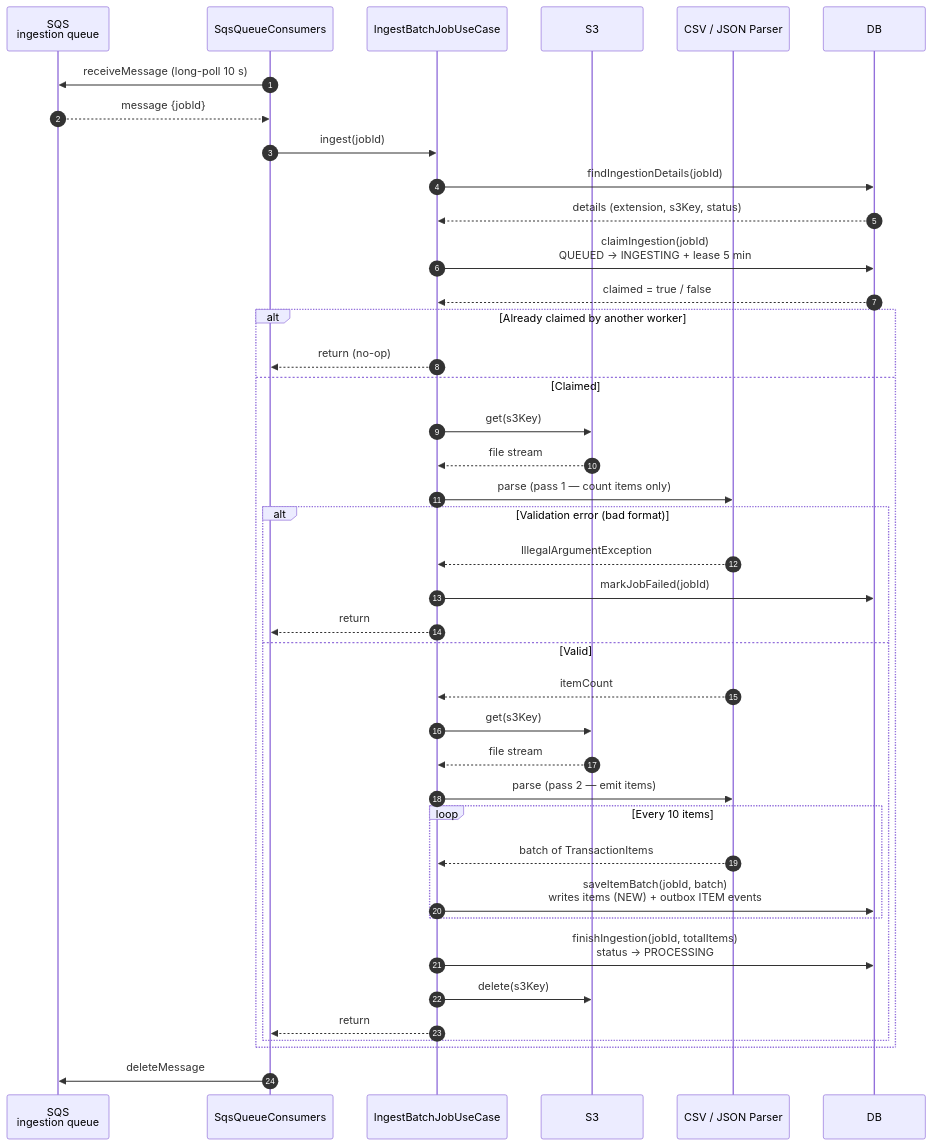
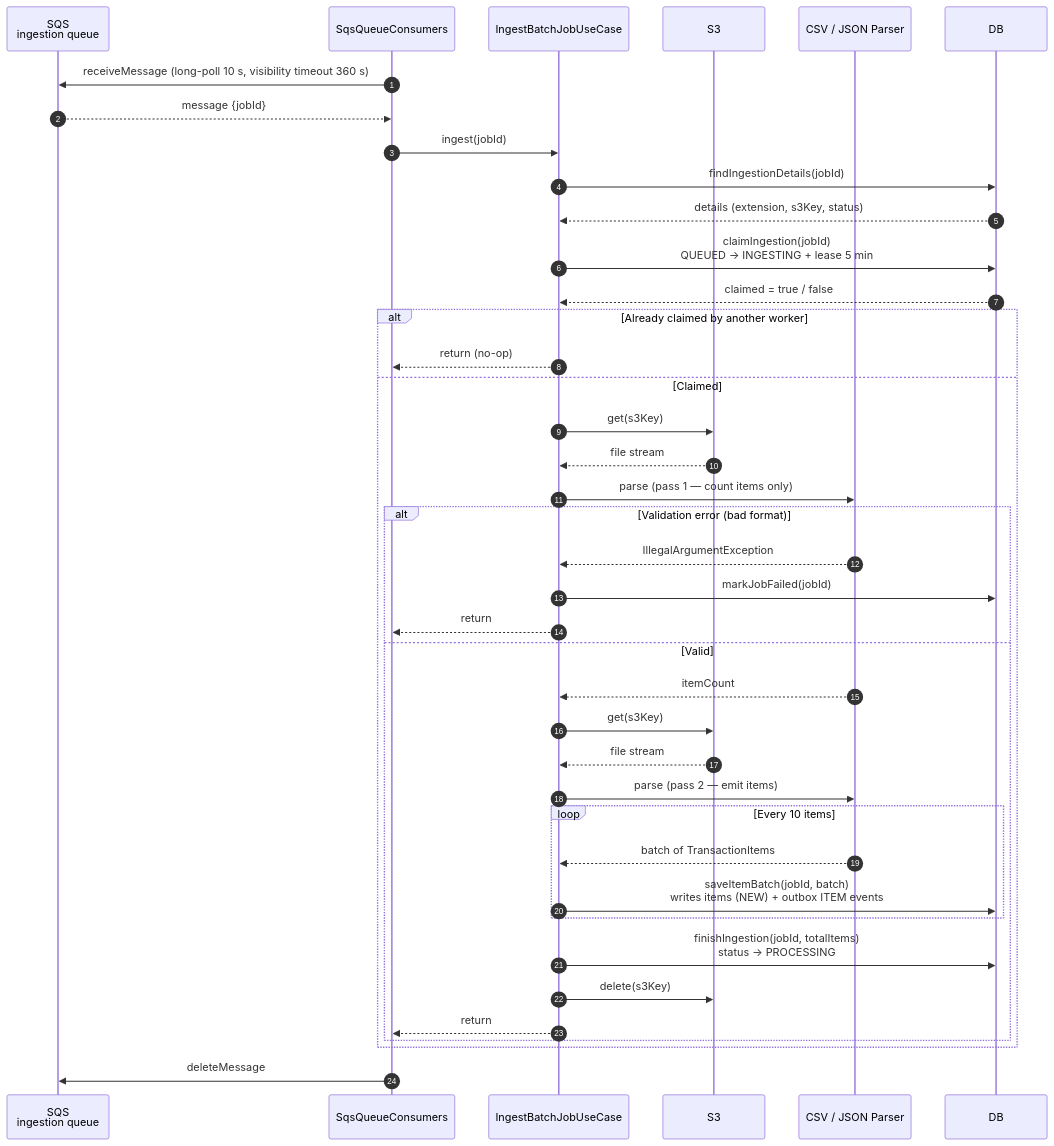
One commit to edovirgolim/payment-reprocessing-api-showcase changed the third of 7 diagrams in ARCHITECTURE.md. Above: the diagram before and after it, drawn with Mermaid. The commit also changed other lines of this file and 1 other file, not shown here.

Commit message:
Updated README and ARCHITECTURE files

````diff
--- a/ARCHITECTURE.md
+++ b/ARCHITECTURE.md
@@ -150,54 +174,54 @@
 ```mermaid
 sequenceDiagram
     autonumber
     participant SQS as SQS<br/>ingestion queue
     participant Consumer as SqsQueueConsumers
     participant IngestUC as IngestBatchJobUseCase
     participant S3
     participant Parser as CSV / JSON Parser
     participant DB
 
-    Consumer->>SQS: receiveMessage (long-poll 10 s)
+    Consumer->>SQS: receiveMessage (long-poll 10 s, visibility timeout 360 s)
     SQS-->>Consumer: message {jobId}
 
     Consumer->>IngestUC: ingest(jobId)
 
     IngestUC->>DB: findIngestionDetails(jobId)
     DB-->>IngestUC: details (extension, s3Key, status)
 
     IngestUC->>DB: claimIngestion(jobId)<br/>QUEUED → INGESTING + lease 5 min
     DB-->>IngestUC: claimed = true / false
 
     alt Already claimed by another worker
         IngestUC-->>Consumer: return (no-op)
     else Claimed
         IngestUC->>S3: get(s3Key)
         S3-->>IngestUC: file stream
 
         IngestUC->>Parser: parse (pass 1 — count items only)
 
         alt Validation error (bad format)
             Parser-->>IngestUC: IllegalArgumentException
             IngestUC->>DB: markJobFailed(jobId)
             IngestUC-->>Consumer: return
         else Valid
             Parser-->>IngestUC: itemCount
 
             IngestUC->>S3: get(s3Key)
             S3-->>IngestUC: file stream
 
             IngestUC->>Parser: parse (pass 2 — emit items)
 
             loop Every 10 items
                 Parser-->>IngestUC: batch of TransactionItems
                 IngestUC->>DB: saveItemBatch(jobId, batch)<br/>writes items (NEW) + outbox ITEM events
             end
 
             IngestUC->>DB: finishIngestion(jobId, totalItems)<br/>status → PROCESSING
             IngestUC->>S3: delete(s3Key)
             IngestUC-->>Consumer: return
         end
     end
 
     Consumer->>SQS: deleteMessage
 ```
````
